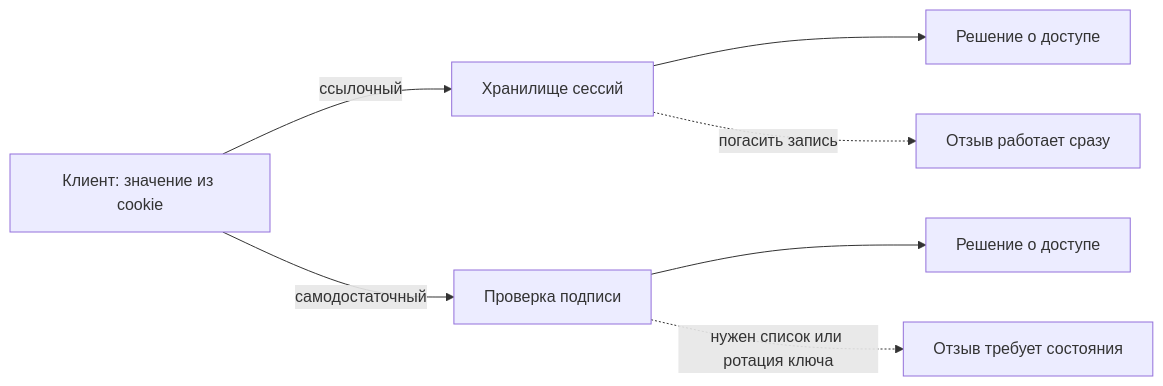
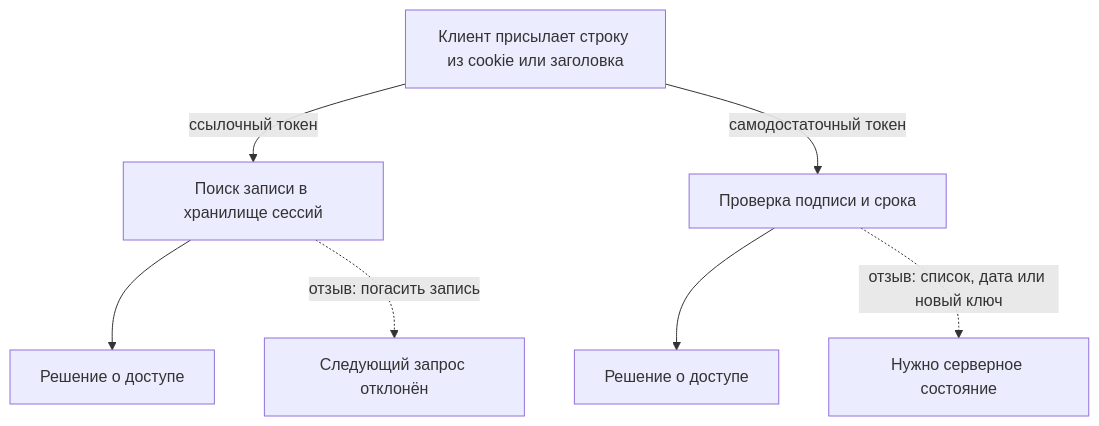
The first of 2 diagrams in content/stage-0/sessions-vs-tokens.md (not-obfuscation/AppSec-guidebook), drawn with Mermaid before and after one commit. The commit also changed other lines of this file and 214 other files, not shown here.

````diff
--- a/content/stage-0/sessions-vs-tokens.md
+++ b/content/stage-0/sessions-vs-tokens.md
@@ -169,9 +259,10 @@
 ```mermaid
-flowchart LR
-    K[Клиент: значение из cookie] -->|ссылочный| S[Хранилище сессий]
+flowchart TB
+    K[Клиент присылает строку из cookie или заголовка]
+    K -->|ссылочный токен| S[Поиск записи в хранилище сессий]
     S --> R1[Решение о доступе]
-    K -->|самодостаточный| V[Проверка подписи]
+    K -->|самодостаточный токен| V[Проверка подписи и срока]
     V --> R2[Решение о доступе]
-    S -.->|погасить запись| X[Отзыв работает сразу]
-    V -.->|нужен список или ротация ключа| Y[Отзыв требует состояния]
+    S -.->|отзыв: погасить запись| X[Следующий запрос отклонён]
+    V -.->|отзыв: список, дата или новый ключ| Y[Нужно серверное состояние]
 ```
````
